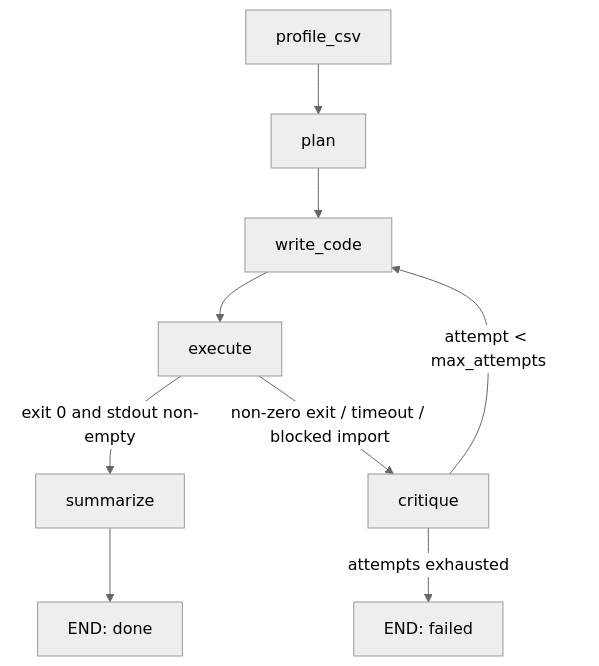
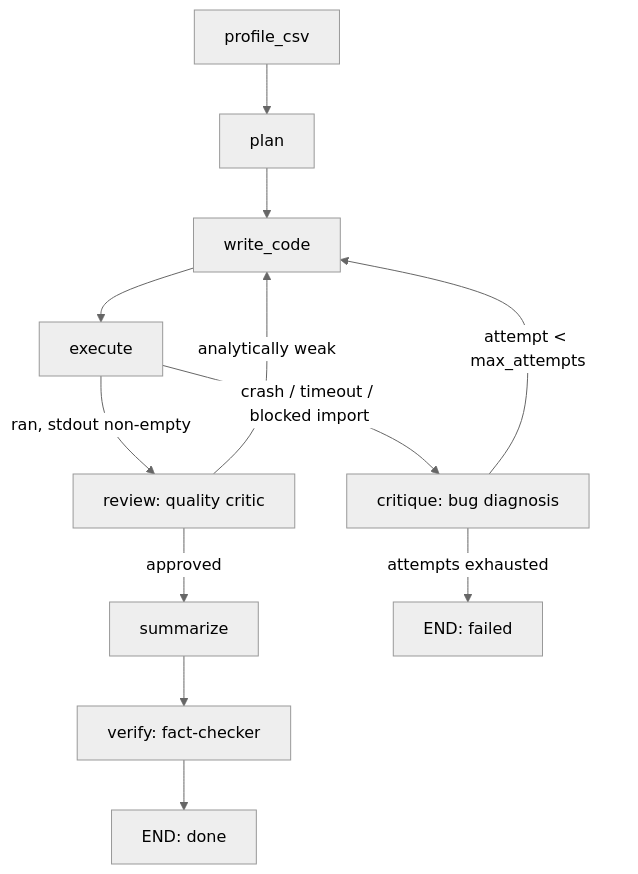
The diagram in README.md (ibbi-12/datamedic), drawn with Mermaid (neutral theme) before and after one commit. The commit also changed other lines of this file and 9 other files, not shown here.

````diff
--- a/README.md
+++ b/README.md
@@ -13,11 +13,14 @@
 ```mermaid
 graph TD
     A[profile_csv] --> B[plan]
     B --> C[write_code]
     C --> D[execute]
-    D -->|exit 0 and stdout non-empty| E[summarize]
-    D -->|non-zero exit / timeout / blocked import| F[critique]
+    D -->|ran, stdout non-empty| R[review: quality critic]
+    D -->|crash / timeout / blocked import| F[critique: bug diagnosis]
+    R -->|analytically weak| C
+    R -->|approved| E[summarize]
     F -->|attempt < max_attempts| C
     F -->|attempts exhausted| G[END: failed]
-    E --> H[END: done]
+    E --> V[verify: fact-checker]
+    V --> H[END: done]
 ```
````
